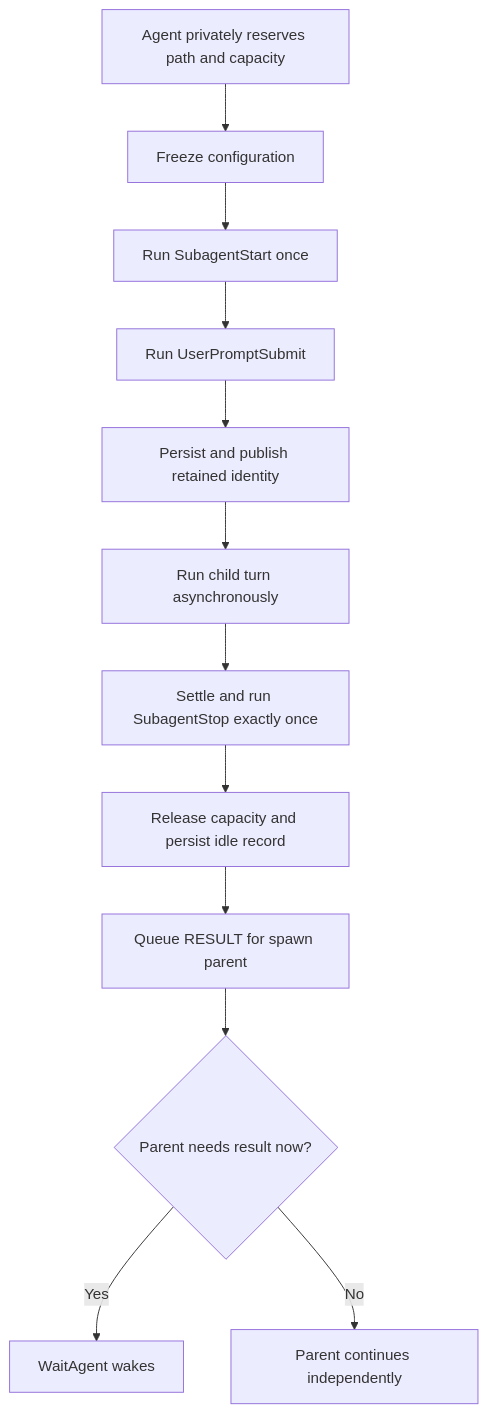
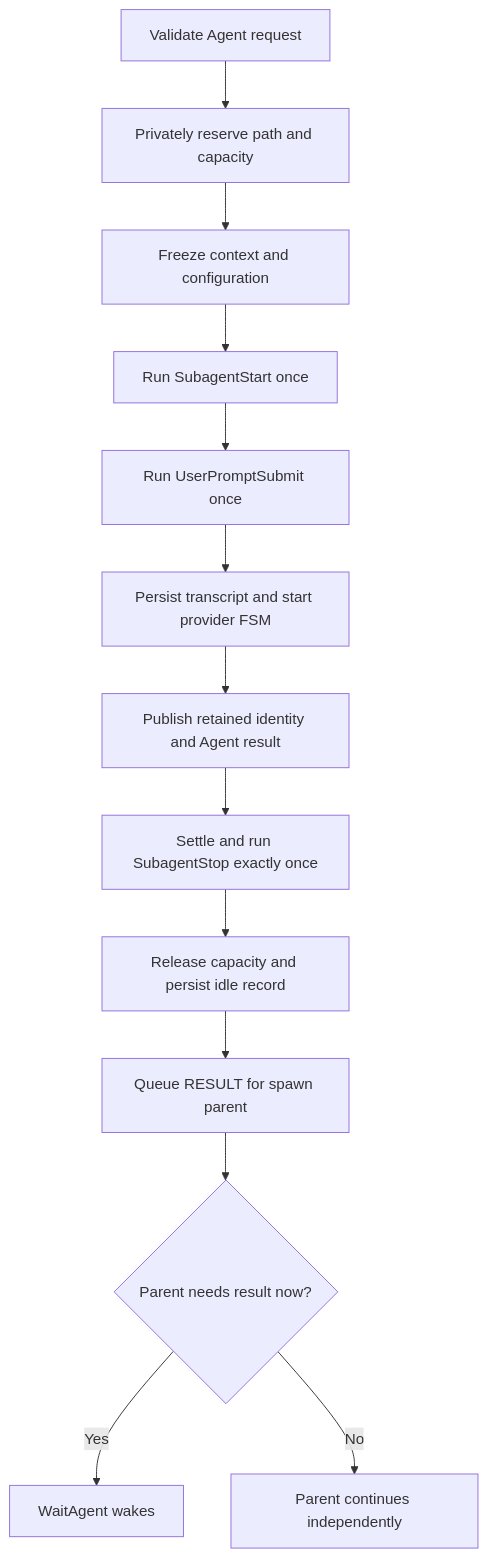
One commit to FrauH0lle/mevedel changed the diagram in docs/agents.md. Above: the diagram before and after it, drawn with Mermaid. The commit also changed other lines of this file and 19 other files, not shown here.

First line of the commit message:
feat!(agent): Prepare child context asynchronously

````diff
--- a/docs/agents.md
+++ b/docs/agents.md
@@ -138,14 +143,15 @@
 ```mermaid
 flowchart TD
-    A[Agent privately reserves path and capacity] --> B[Freeze configuration]
-    B --> C[Run SubagentStart once]
-    C --> D[Run UserPromptSubmit]
-    D --> E[Persist and publish retained identity]
-    E --> F[Run child turn asynchronously]
-    F --> G[Settle and run SubagentStop exactly once]
-    G --> H[Release capacity and persist idle record]
-    H --> I[Queue RESULT for spawn parent]
-    I --> J{Parent needs result now?}
-    J -- Yes --> K[WaitAgent wakes]
-    J -- No --> L[Parent continues independently]
+    A[Validate Agent request] --> B[Privately reserve path and capacity]
+    B --> C[Freeze context and configuration]
+    C --> D[Run SubagentStart once]
+    D --> E[Run UserPromptSubmit once]
+    E --> F[Persist transcript and start provider FSM]
+    F --> G[Publish retained identity and Agent result]
+    G --> H[Settle and run SubagentStop exactly once]
+    H --> I[Release capacity and persist idle record]
+    I --> J[Queue RESULT for spawn parent]
+    J --> K{Parent needs result now?}
+    K -- Yes --> L[WaitAgent wakes]
+    K -- No --> M[Parent continues independently]
 ```
````
